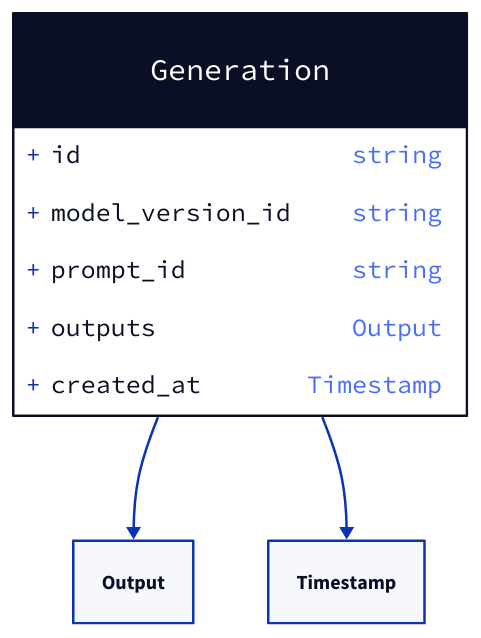
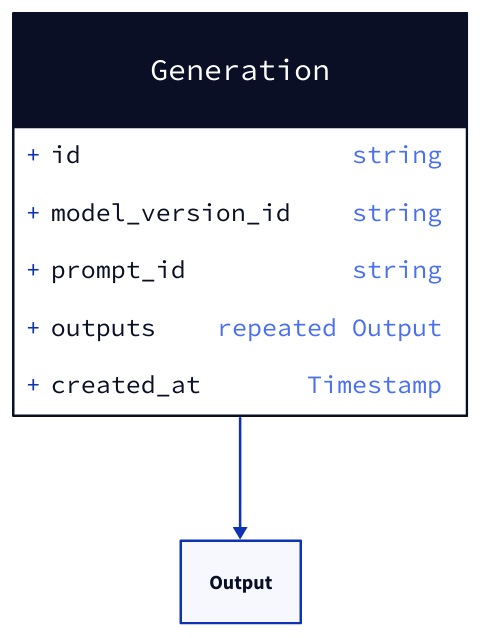
Before and after one commit to tmc/language-model-management: the diagram in docs/llm/v1/generation.d2, drawn with D2. The commit also changed other lines of this file and 8 other files, not shown here.

```diff
--- a/docs/llm/v1/generation.d2
+++ b/docs/llm/v1/generation.d2
@@ -1,14 +1,14 @@
 
 # Package - llm.v1
 
 # Class - Generation
 Generation: {
   shape: class
   id: string
   model_version_id: string
   prompt_id: string
-  outputs: Output
+  outputs: repeated Output
   created_at: Timestamp
 }
+
 Generation -> Output
-Generation -> Timestamp
```
